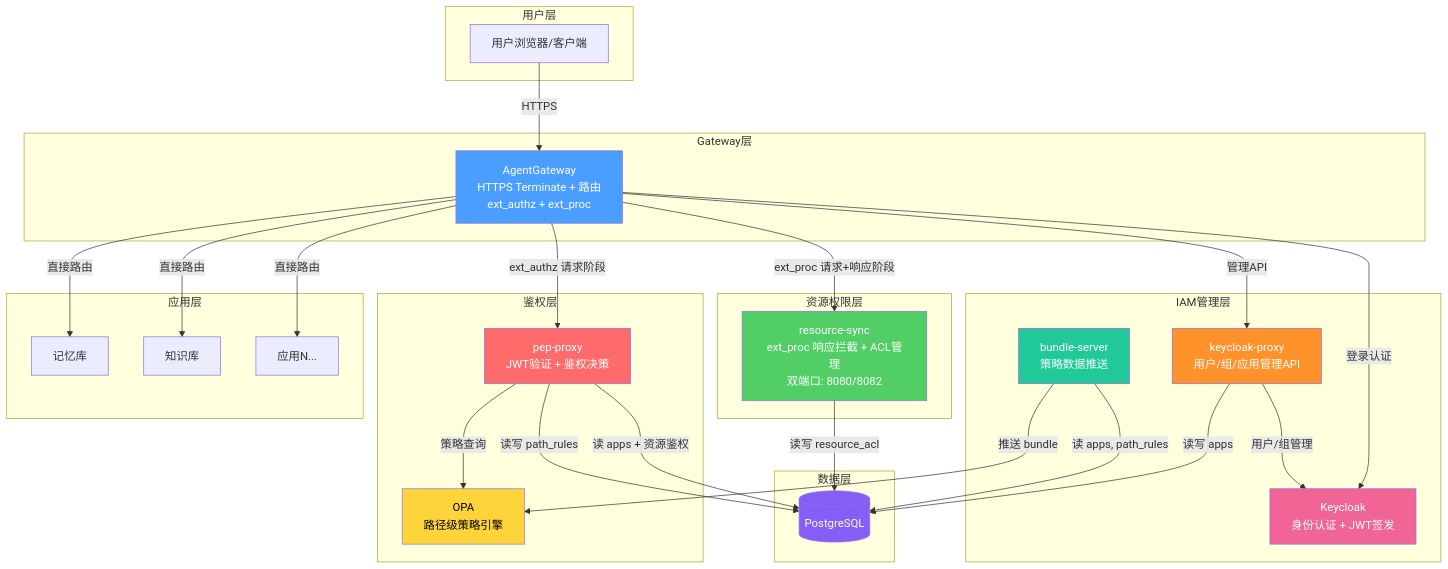
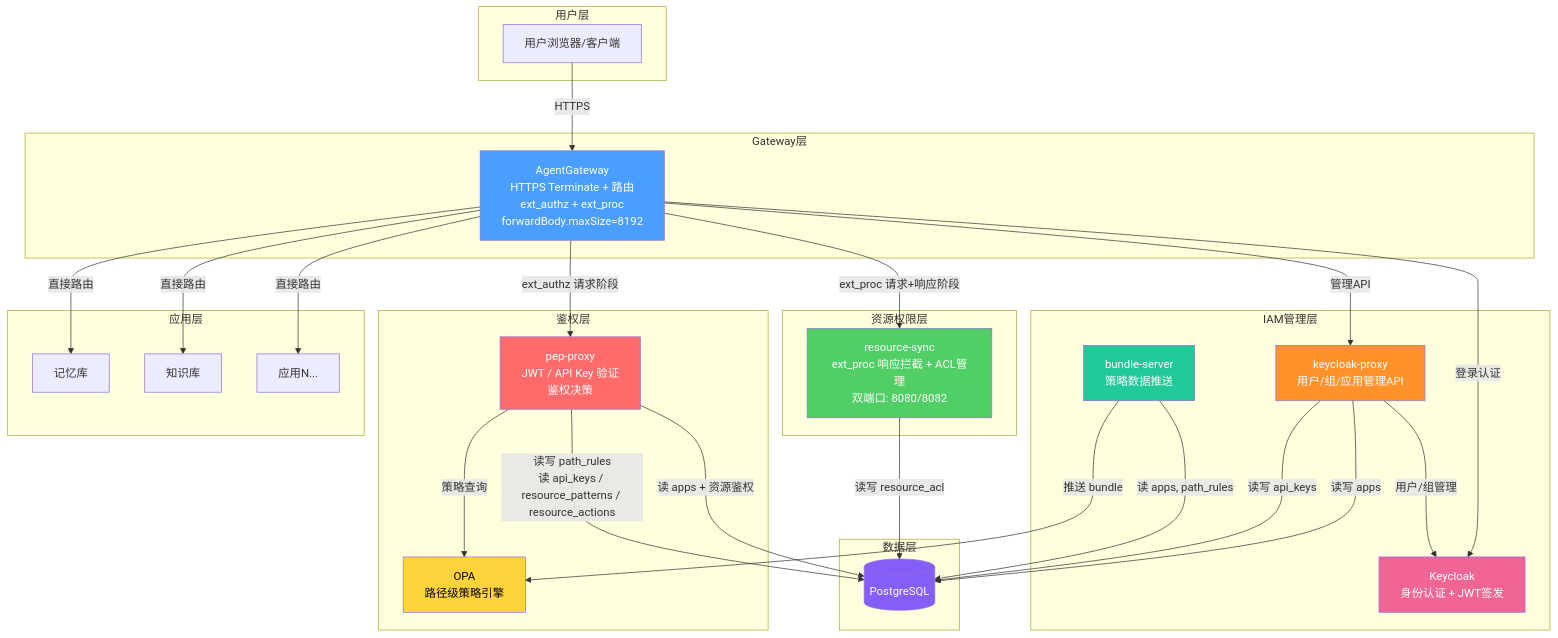
The first of 12 diagrams in diagrams/component-responsibility.md (xiewanchao/aidp-iam), drawn with Mermaid before and after one commit. The commit also changed other lines of this file and 2 other files, not shown here.

First line of the commit message:
docs: sync remaining design docs to v2.1 (API Key + flexible adaptation)

````diff
--- a/diagrams/component-responsibility.md
+++ b/diagrams/component-responsibility.md
@@ -11,61 +17,62 @@
 ```mermaid
 flowchart TB
     subgraph 用户层
         USER[用户浏览器/客户端]
     end
 
     subgraph Gateway层
-        GW[AgentGateway<br/>HTTPS Terminate + 路由<br/>ext_authz + ext_proc]
+        GW[AgentGateway<br/>HTTPS Terminate + 路由<br/>ext_authz + ext_proc<br/>forwardBody.maxSize=8192]
     end
 
     subgraph 鉴权层
-        PEP[pep-proxy<br/>JWT验证 + 鉴权决策]
+        PEP[pep-proxy<br/>JWT / API Key 验证<br/>鉴权决策]
         OPA[OPA<br/>路径级策略引擎]
     end
 
     subgraph 资源权限层
         RS[resource-sync<br/>ext_proc 响应拦截 + ACL管理<br/>双端口: 8080/8082]
     end
 
     subgraph IAM管理层
         KP[keycloak-proxy<br/>用户/组/应用管理API]
         KC[Keycloak<br/>身份认证 + JWT签发]
         BS[bundle-server<br/>策略数据推送]
     end
 
     subgraph 应用层
         APP1[记忆库]
         APP2[知识库]
         APP3[应用N...]
     end
 
     subgraph 数据层
         PG[(PostgreSQL)]
     end
 
     USER -->|HTTPS| GW
     GW -->|ext_authz 请求阶段| PEP
     GW -->|ext_proc 请求+响应阶段| RS
     PEP -->|策略查询| OPA
     PEP -->|读 apps + 资源鉴权| PG
     GW -->|直接路由| APP1
     GW -->|直接路由| APP2
     GW -->|直接路由| APP3
     GW -->|管理API| KP
     GW -->|登录认证| KC
     RS -->|读写 resource_acl| PG
     KP -->|用户/组管理| KC
     KP -->|读写 apps| PG
-    PEP -->|读写 path_rules| PG
+    PEP -->|读写 path_rules<br/>读 api_keys / resource_patterns / resource_actions| PG
+    KP -->|读写 api_keys| PG
     BS -->|读 apps, path_rules| PG
     BS -->|推送 bundle| OPA
 
     style GW fill:#4a9eff,color:#fff
     style PEP fill:#ff6b6b,color:#fff
     style OPA fill:#ffd43b,color:#000
     style RS fill:#51cf66,color:#fff
     style KP fill:#ff922b,color:#fff
     style KC fill:#f06595,color:#fff
     style BS fill:#20c997,color:#fff
     style PG fill:#845ef7,color:#fff
 ```
````
